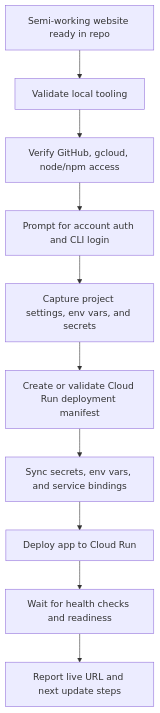
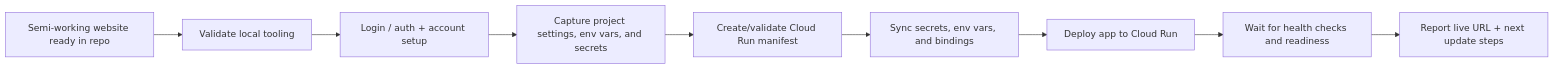
The diagram in README.md (BigOtis/RobotStack), drawn with Mermaid before and after one commit.

Commit message:
Chart improvement

````diff
--- a/README.md
+++ b/README.md
@@ -26,12 +26,11 @@
 ```mermaid
-flowchart TD
+flowchart LR
   A[Semi-working website ready in repo] --> B[Validate local tooling]
-  B --> C[Verify GitHub, gcloud, node/npm access]
-  C --> D[Prompt for account auth and CLI login]
-  D --> E[Capture project settings, env vars, and secrets]
-  E --> F[Create or validate Cloud Run deployment manifest]
-  F --> G[Sync secrets, env vars, and service bindings]
-  G --> H[Deploy app to Cloud Run]
-  H --> I[Wait for health checks and readiness]
-  I --> J[Report live URL and next update steps]
+  B --> C[Login / auth + account setup]
+  C --> D[Capture project settings, env vars, and secrets]
+  D --> E[Create/validate Cloud Run manifest]
+  E --> F[Sync secrets, env vars, and bindings]
+  F --> G[Deploy app to Cloud Run]
+  G --> H[Wait for health checks and readiness]
+  H --> I[Report live URL + next update steps]
 ```
````
